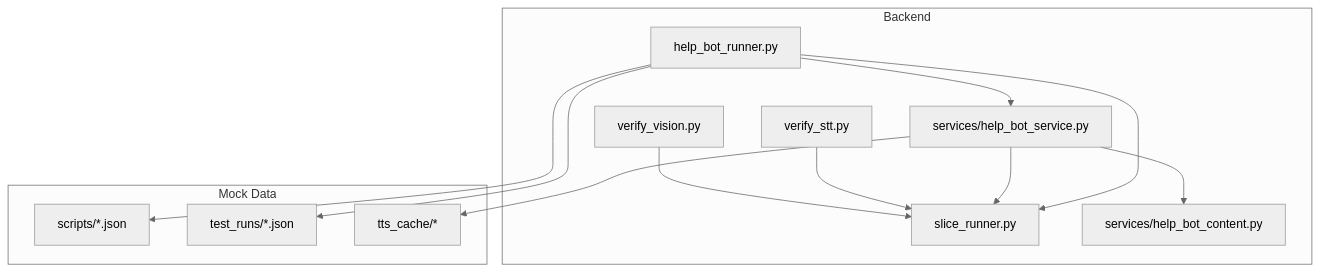
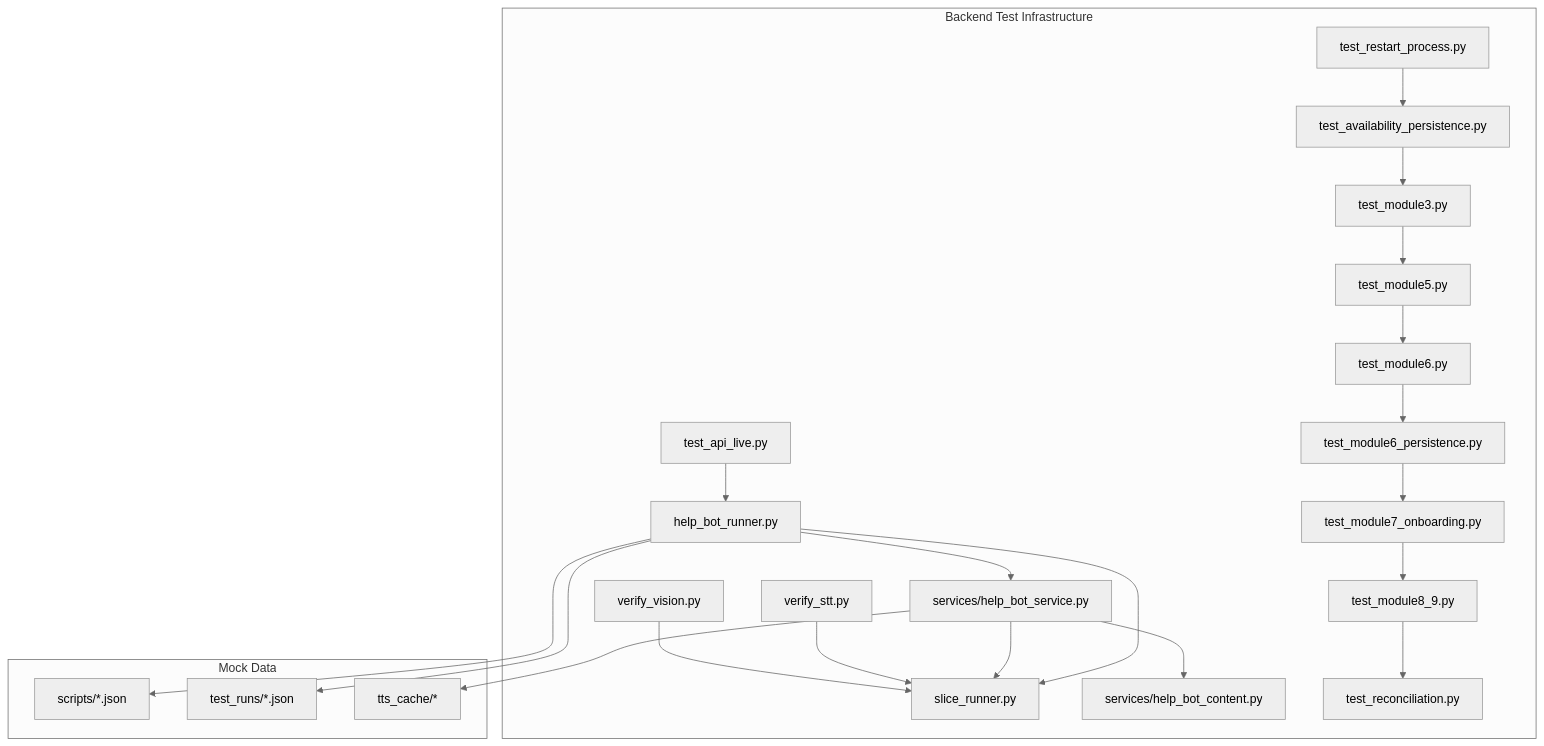
Before and after one commit to M-Rumman/LifeLine-Ride: the first of 7 diagrams in .qoder/repowiki/en/content/Testing & Simulation Framework.md, drawn with Mermaid (neutral theme). The commit also changed other lines of this file and 727 other files, not shown here.

````diff
--- a/.qoder/repowiki/en/content/Testing & Simulation Framework.md
+++ b/.qoder/repowiki/en/content/Testing & Simulation Framework.md
@@ -48,25 +70,44 @@
 ```mermaid
 graph TB
-subgraph "Backend"
+subgraph "Backend Test Infrastructure"
 A["help_bot_runner.py"]
 B["slice_runner.py"]
 C["services/help_bot_service.py"]
 D["services/help_bot_content.py"]
 E["verify_stt.py"]
 F["verify_vision.py"]
+G["test_api_live.py"]
+H["test_availability_persistence.py"]
+I["test_restart_process.py"]
+J["test_module3.py"]
+K["test_module5.py"]
+L["test_module6.py"]
+M["test_module6_persistence.py"]
+N["test_module7_onboarding.py"]
+O["test_module8_9.py"]
+P["test_reconciliation.py"]
 end
 subgraph "Mock Data"
-G["scripts/*.json"]
-H["test_runs/*.json"]
-I["tts_cache/*"]
+Q["scripts/*.json"]
+R["test_runs/*.json"]
+S["tts_cache/*"]
 end
 A --> B
 A --> C
 C --> D
 C --> B
 E --> B
 F --> B
-A --> G
-A --> H
-C --> I
+A --> Q
+A --> R
+C --> S
+G --> A
+H --> J
+I --> H
+J --> K
+K --> L
+L --> M
+M --> N
+N --> O
+O --> P
 ```
````
